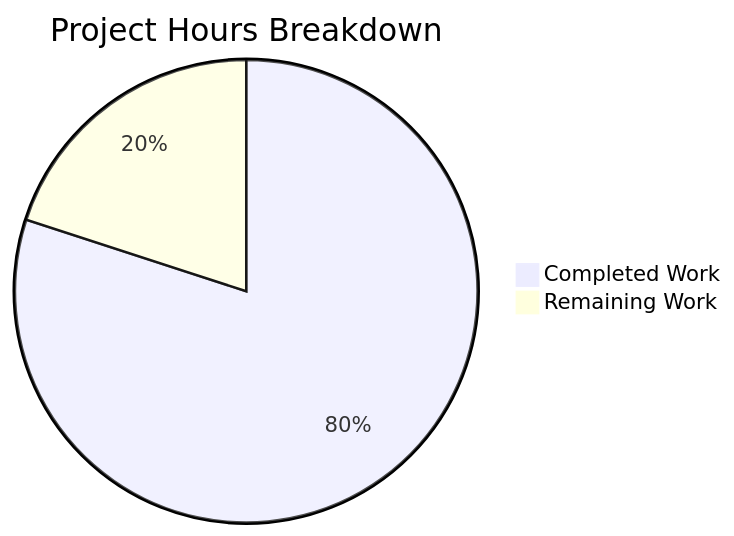
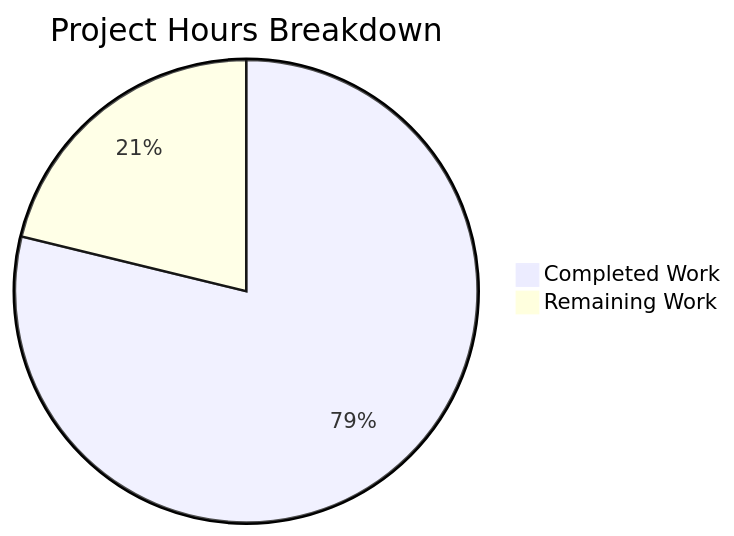
Before and after one commit to Blitzy-Sandbox/blitzy-cal: the second of 2 diagrams in blitzy/documentation/Project Guide.md, drawn with Mermaid. The commit also changed other lines of this file, not shown here.

Commit message:
Adding Blitzy Project Guide: Project Status and Human Tasks Remaining

````diff
--- a/blitzy/documentation/Project Guide.md
+++ b/blitzy/documentation/Project Guide.md
@@ -233,5 +203,5 @@
 ```mermaid
 pie title Project Hours Breakdown
-    "Completed Work" : 120
-    "Remaining Work" : 30
+    "Completed Work" : 119
+    "Remaining Work" : 32
 ```
````
